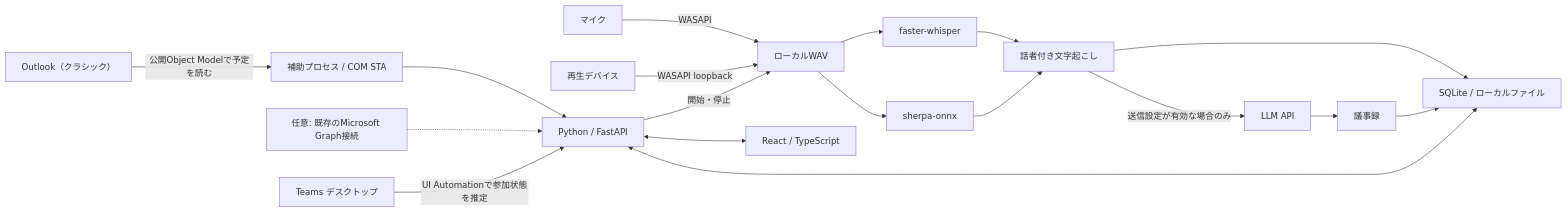
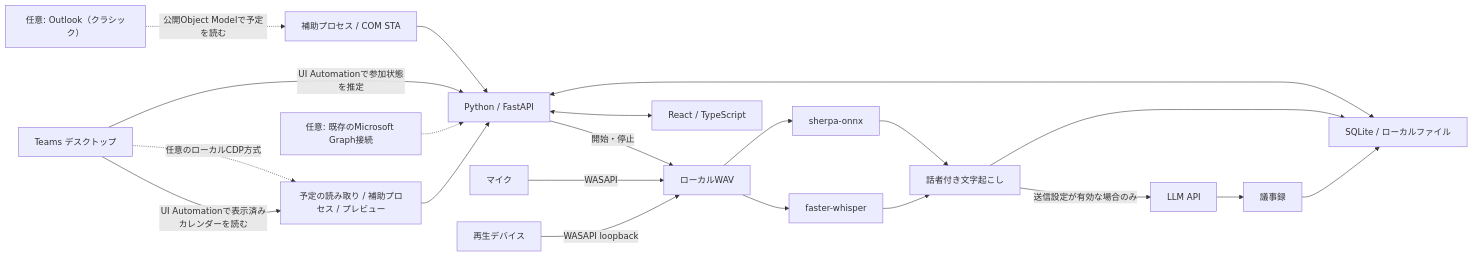
One commit to kitworks-iino/giji-automemo changed the diagram in docs/architecture.md. Above: the diagram before and after it, drawn with Mermaid. The commit also changed other lines of this file and 43 other files, not shown here.

Commit message:
Read Teams desktop calendar without Outlook or app registration

````diff
--- a/docs/architecture.md
+++ b/docs/architecture.md
@@ -5,20 +5,23 @@
 ```mermaid
 flowchart LR
-  Outlook["Outlook（クラシック）"] -->|公開Object Modelで予定を読む| Worker["補助プロセス / COM STA"]
+  Teams[Teams デスクトップ] -->|UI Automationで表示済みカレンダーを読む| Reader["予定の読み取り / 補助プロセス / プレビュー"]
+  Teams -.->|任意のローカルCDP方式| Reader
+  Reader --> Service["Python / FastAPI"]
+  Outlook["任意: Outlook（クラシック）"] -.->|公開Object Modelで予定を読む| Worker["補助プロセス / COM STA"]
   Worker --> Service["Python / FastAPI"]
   Graph["任意: 既存のMicrosoft Graph接続"] -.-> Service
-  Teams[Teams デスクトップ] -->|UI Automationで参加状態を推定| Service
+  Teams -->|UI Automationで参加状態を推定| Service
   Mic[マイク] -->|WASAPI| Audio[ローカルWAV]
   Speaker[再生デバイス] -->|WASAPI loopback| Audio
   Service -->|開始・停止| Audio
   Audio --> ASR[faster-whisper]
   Audio --> Diarization[sherpa-onnx]
   ASR --> Transcript[話者付き文字起こし]
   Diarization --> Transcript
   Transcript -->|送信設定が有効な場合のみ| LLM[LLM API]
   LLM --> Minutes[議事録]
   Service <--> UI[React / TypeScript]
   Transcript --> Storage[SQLite / ローカルファイル]
   Minutes --> Storage
   Storage <--> Service
 ```
````
